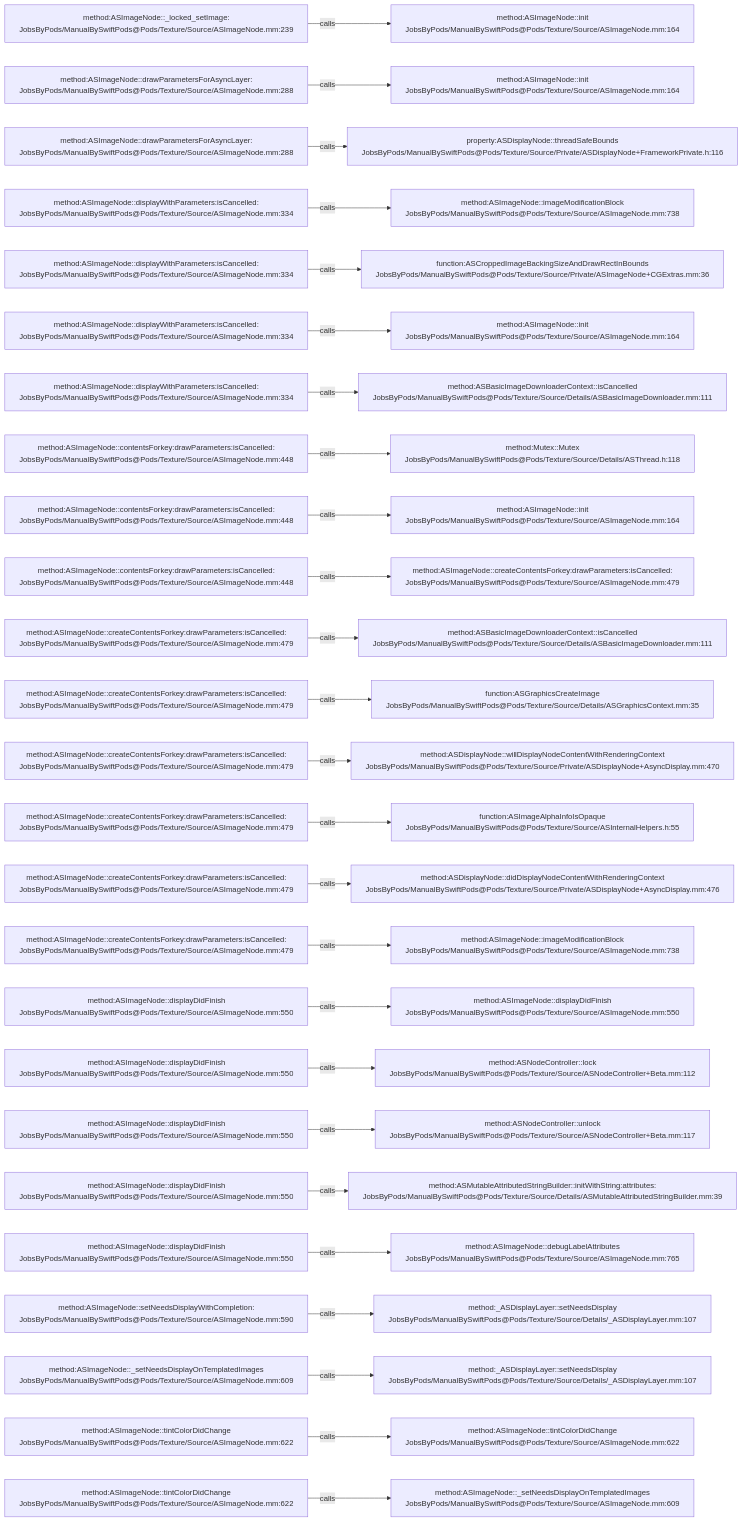
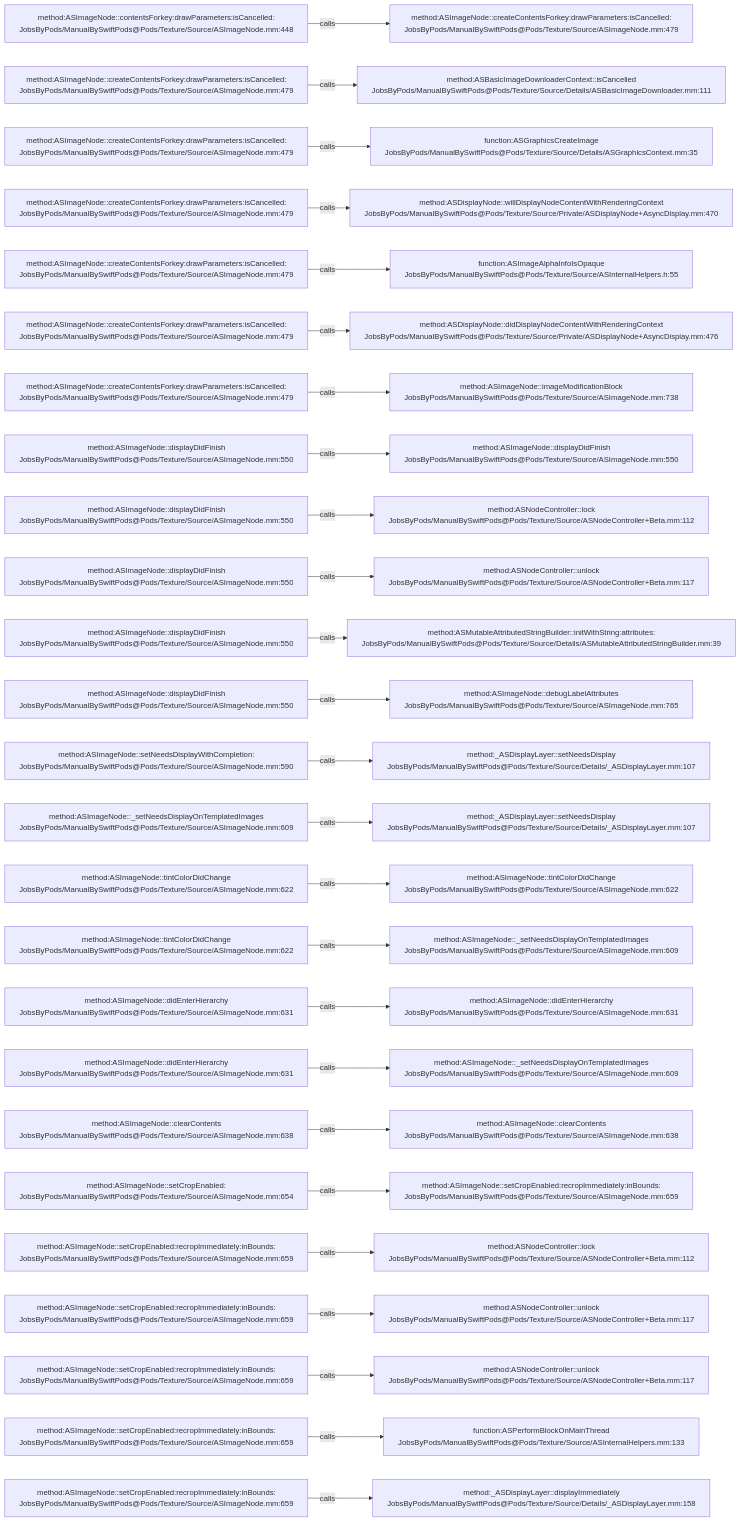
The diagram in .codegraph/codegraph.md/graphs/calls-042.md (JobsKits/JobsSwiftBaseConfigDemo), drawn with Mermaid before and after one commit. The commit also changed 707 other files, not shown here.

````diff
--- a/.codegraph/codegraph.md/graphs/calls-042.md
+++ b/.codegraph/codegraph.md/graphs/calls-042.md
@@ -13,78 +13,78 @@
 ```mermaid
 flowchart LR
-  S1["method:ASImageNode::_locked_setImage:<br/>JobsByPods/ManualBySwiftPods@Pods/Texture/Source/ASImageNode.mm:239"]
-  T1["method:ASImageNode::init<br/>JobsByPods/ManualBySwiftPods@Pods/Texture/Source/ASImageNode.mm:164"]
+  S1["method:ASImageNode::contentsForkey:drawParameters:isCancelled:<br/>JobsByPods/ManualBySwiftPods@Pods/Texture/Source/ASImageNode.mm:448"]
+  T1["method:ASImageNode::createContentsForkey:drawParameters:isCancelled:<br/>JobsByPods/ManualBySwiftPods@Pods/Texture/Source/ASImageNode.mm:479"]
   S1 -->|calls| T1
-  S2["method:ASImageNode::drawParametersForAsyncLayer:<br/>JobsByPods/ManualBySwiftPods@Pods/Texture/Source/ASImageNode.mm:288"]
-  T2["method:ASImageNode::init<br/>JobsByPods/ManualBySwiftPods@Pods/Texture/Source/ASImageNode.mm:164"]
+  S2["method:ASImageNode::createContentsForkey:drawParameters:isCancelled:<br/>JobsByPods/ManualBySwiftPods@Pods/Texture/Source/ASImageNode.mm:479"]
+  T2["method:ASBasicImageDownloaderContext::isCancelled<br/>JobsByPods/ManualBySwiftPods@Pods/Texture/Source/Details/ASBasicImageDownloader.mm:111"]
   S2 -->|calls| T2
-  S3["method:ASImageNode::drawParametersForAsyncLayer:<br/>JobsByPods/ManualBySwiftPods@Pods/Texture/Source/ASImageNode.mm:288"]
-  T3["property:ASDisplayNode::threadSafeBounds<br/>JobsByPods/ManualBySwiftPods@Pods/Texture/Source/Private/ASDisplayNode+FrameworkPrivate.h:116"]
+  S3["method:ASImageNode::createContentsForkey:drawParameters:isCancelled:<br/>JobsByPods/ManualBySwiftPods@Pods/Texture/Source/ASImageNode.mm:479"]
+  T3["function:ASGraphicsCreateImage<br/>JobsByPods/ManualBySwiftPods@Pods/Texture/Source/Details/ASGraphicsContext.mm:35"]
   S3 -->|calls| T3
-  S4["method:ASImageNode::displayWithParameters:isCancelled:<br/>JobsByPods/ManualBySwiftPods@Pods/Texture/Source/ASImageNode.mm:334"]
-  T4["method:ASImageNode::imageModificationBlock<br/>JobsByPods/ManualBySwiftPods@Pods/Texture/Source/ASImageNode.mm:738"]
+  S4["method:ASImageNode::createContentsForkey:drawParameters:isCancelled:<br/>JobsByPods/ManualBySwiftPods@Pods/Texture/Source/ASImageNode.mm:479"]
+  T4["method:ASDisplayNode::willDisplayNodeContentWithRenderingContext<br/>JobsByPods/ManualBySwiftPods@Pods/Texture/Source/Private/ASDisplayNode+AsyncDisplay.mm:470"]
   S4 -->|calls| T4
-  S5["method:ASImageNode::displayWithParameters:isCancelled:<br/>JobsByPods/ManualBySwiftPods@Pods/Texture/Source/ASImageNode.mm:334"]
-  T5["function:ASCroppedImageBackingSizeAndDrawRectInBounds<br/>JobsByPods/ManualBySwiftPods@Pods/Texture/Source/Private/ASImageNode+CGExtras.mm:36"]
+  S5["method:ASImageNode::createContentsForkey:drawParameters:isCancelled:<br/>JobsByPods/ManualBySwiftPods@Pods/Texture/Source/ASImageNode.mm:479"]
+  T5["function:ASImageAlphaInfoIsOpaque<br/>JobsByPods/ManualBySwiftPods@Pods/Texture/Source/ASInternalHelpers.h:55"]
   S5 -->|calls| T5
-  S6["method:ASImageNode::displayWithParameters:isCancelled:<br/>JobsByPods/ManualBySwiftPods@Pods/Texture/Source/ASImageNode.mm:334"]
-  T6["method:ASImageNode::init<br/>JobsByPods/ManualBySwiftPods@Pods/Texture/Source/ASImageNode.mm:164"]
+  S6["method:ASImageNode::createContentsForkey:drawParameters:isCancelled:<br/>JobsByPods/ManualBySwiftPods@Pods/Texture/Source/ASImageNode.mm:479"]
+  T6["method:ASDisplayNode::didDisplayNodeContentWithRenderingContext<br/>JobsByPods/ManualBySwiftPods@Pods/Texture/Source/Private/ASDisplayNode+AsyncDisplay.mm:476"]
   S6 -->|calls| T6
-  S7["method:ASImageNode::displayWithParameters:isCancelled:<br/>JobsByPods/ManualBySwiftPods@Pods/Texture/Source/ASImageNode.mm:334"]
-  T7["method:ASBasicImageDownloaderContext::isCancelled<br/>JobsByPods/ManualBySwiftPods@Pods/Texture/Source/Details/ASBasicImageDownloader.mm:111"]
+  S7["method:ASImageNode::createContentsForkey:drawParameters:isCancelled:<br/>JobsByPods/ManualBySwiftPods@Pods/Texture/Source/ASImageNode.mm:479"]
+  T7["method:ASImageNode::imageModificationBlock<br/>JobsByPods/ManualBySwiftPods@Pods/Texture/Source/ASImageNode.mm:738"]
   S7 -->|calls| T7
-  S8["method:ASImageNode::contentsForkey:drawParameters:isCancelled:<br/>JobsByPods/ManualBySwiftPods@Pods/Texture/Source/ASImageNode.mm:448"]
-  T8["method:Mutex::Mutex<br/>JobsByPods/ManualBySwiftPods@Pods/Texture/Source/Details/ASThread.h:118"]
+  S8["method:ASImageNode::displayDidFinish<br/>JobsByPods/ManualBySwiftPods@Pods/Texture/Source/ASImageNode.mm:550"]
+  T8["method:ASImageNode::displayDidFinish<br/>JobsByPods/ManualBySwiftPods@Pods/Texture/Source/ASImageNode.mm:550"]
   S8 -->|calls| T8
-  S9["method:ASImageNode::contentsForkey:drawParameters:isCancelled:<br/>JobsByPods/ManualBySwiftPods@Pods/Texture/Source/ASImageNode.mm:448"]
-  T9["method:ASImageNode::init<br/>JobsByPods/ManualBySwiftPods@Pods/Texture/Source/ASImageNode.mm:164"]
+  S9["method:ASImageNode::displayDidFinish<br/>JobsByPods/ManualBySwiftPods@Pods/Texture/Source/ASImageNode.mm:550"]
+  T9["method:ASNodeController::lock<br/>JobsByPods/ManualBySwiftPods@Pods/Texture/Source/ASNodeController+Beta.mm:112"]
   S9 -->|calls| T9
-  S10["method:ASImageNode::contentsForkey:drawParameters:isCancelled:<br/>JobsByPods/ManualBySwiftPods@Pods/Texture/Source/ASImageNode.mm:448"]
-  T10["method:ASImageNode::createContentsForkey:drawParameters:isCancelled:<br/>JobsByPods/ManualBySwiftPods@Pods/Texture/Source/ASImageNode.mm:479"]
+  S10["method:ASImageNode::displayDidFinish<br/>JobsByPods/ManualBySwiftPods@Pods/Texture/Source/ASImageNode.mm:550"]
+  T10["method:ASNodeController::unlock<br/>JobsByPods/ManualBySwiftPods@Pods/Texture/Source/ASNodeController+Beta.mm:117"]
   S10 -->|calls| T10
-  S11["method:ASImageNode::createContentsForkey:drawParameters:isCancelled:<br/>JobsByPods/ManualBySwiftPods@Pods/Texture/Source/ASImageNode.mm:479"]
-  T11["method:ASBasicImageDownloaderContext::isCancelled<br/>JobsByPods/ManualBySwiftPods@Pods/Texture/Source/Details/ASBasicImageDownloader.mm:111"]
+  S11["method:ASImageNode::displayDidFinish<br/>JobsByPods/ManualBySwiftPods@Pods/Texture/Source/ASImageNode.mm:550"]
+  T11["method:ASMutableAttributedStringBuilder::initWithString:attributes:<br/>JobsByPods/ManualBySwiftPods@Pods/Texture/Source/Details/ASMutableAttributedStringBuilder.mm:39"]
   S11 -->|calls| T11
-  S12["method:ASImageNode::createContentsForkey:drawParameters:isCancelled:<br/>JobsByPods/ManualBySwiftPods@Pods/Texture/Source/ASImageNode.mm:479"]
-  T12["function:ASGraphicsCreateImage<br/>JobsByPods/ManualBySwiftPods@Pods/Texture/Source/Details/ASGraphicsContext.mm:35"]
+  S12["method:ASImageNode::displayDidFinish<br/>JobsByPods/ManualBySwiftPods@Pods/Texture/Source/ASImageNode.mm:550"]
+  T12["method:ASImageNode::debugLabelAttributes<br/>JobsByPods/ManualBySwiftPods@Pods/Texture/Source/ASImageNode.mm:765"]
   S12 -->|calls| T12
-  S13["method:ASImageNode::createContentsForkey:drawParameters:isCancelled:<br/>JobsByPods/ManualBySwiftPods@Pods/Texture/Source/ASImageNode.mm:479"]
-  T13["method:ASDisplayNode::willDisplayNodeContentWithRenderingContext<br/>JobsByPods/ManualBySwiftPods@Pods/Texture/Source/Private/ASDisplayNode+AsyncDisplay.mm:470"]
+  S13["method:ASImageNode::setNeedsDisplayWithCompletion:<br/>JobsByPods/ManualBySwiftPods@Pods/Texture/Source/ASImageNode.mm:590"]
+  T13["method:_ASDisplayLayer::setNeedsDisplay<br/>JobsByPods/ManualBySwiftPods@Pods/Texture/Source/Details/_ASDisplayLayer.mm:107"]
   S13 -->|calls| T13
-  S14["method:ASImageNode::createContentsForkey:drawParameters:isCancelled:<br/>JobsByPods/ManualBySwiftPods@Pods/Texture/Source/ASImageNode.mm:479"]
-  T14["function:ASImageAlphaInfoIsOpaque<br/>JobsByPods/ManualBySwiftPods@Pods/Texture/Source/ASInternalHelpers.h:55"]
+  S14["method:ASImageNode::_setNeedsDisplayOnTemplatedImages<br/>JobsByPods/ManualBySwiftPods@Pods/Texture/Source/ASImageNode.mm:609"]
+  T14["method:_ASDisplayLayer::setNeedsDisplay<br/>JobsByPods/ManualBySwiftPods@Pods/Texture/Source/Details/_ASDisplayLayer.mm:107"]
   S14 -->|calls| T14
-  S15["method:ASImageNode::createContentsForkey:drawParameters:isCancelled:<br/>JobsByPods/ManualBySwiftPods@Pods/Texture/Source/ASImageNode.mm:479"]
-  T15["method:ASDisplayNode::didDisplayNodeContentWithRenderingContext<br/>JobsByPods/ManualBySwiftPods@Pods/Texture/Source/Private/ASDisplayNode+AsyncDisplay.mm:476"]
+  S15["method:ASImageNode::tintColorDidChange<br/>JobsByPods/ManualBySwiftPods@Pods/Texture/Source/ASImageNode.mm:622"]
+  T15["method:ASImageNode::tintColorDidChange<br/>JobsByPods/ManualBySwiftPods@Pods/Texture/Source/ASImageNode.mm:622"]
   S15 -->|calls| T15
-  S16["method:ASImageNode::createContentsForkey:drawParameters:isCancelled:<br/>JobsByPods/ManualBySwiftPods@Pods/Texture/Source/ASImageNode.mm:479"]
-  T16["method:ASImageNode::imageModificationBlock<br/>JobsByPods/ManualBySwiftPods@Pods/Texture/Source/ASImageNode.mm:738"]
+  S16["method:ASImageNode::tintColorDidChange<br/>JobsByPods/ManualBySwiftPods@Pods/Texture/Source/ASImageNode.mm:622"]
+  T16["method:ASImageNode::_setNeedsDisplayOnTemplatedImages<br/>JobsByPods/ManualBySwiftPods@Pods/Texture/Source/ASImageNode.mm:609"]
   S16 -->|calls| T16
-  S17["method:ASImageNode::displayDidFinish<br/>JobsByPods/ManualBySwiftPods@Pods/Texture/Source/ASImageNode.mm:550"]
-  T17["method:ASImageNode::displayDidFinish<br/>JobsByPods/ManualBySwiftPods@Pods/Texture/Source/ASImageNode.mm:550"]
+  S17["method:ASImageNode::didEnterHierarchy<br/>JobsByPods/ManualBySwiftPods@Pods/Texture/Source/ASImageNode.mm:631"]
+  T17["method:ASImageNode::didEnterHierarchy<br/>JobsByPods/ManualBySwiftPods@Pods/Texture/Source/ASImageNode.mm:631"]
   S17 -->|calls| T17
-  S18["method:ASImageNode::displayDidFinish<br/>JobsByPods/ManualBySwiftPods@Pods/Texture/Source/ASImageNode.mm:550"]
-  T18["method:ASNodeController::lock<br/>JobsByPods/ManualBySwiftPods@Pods/Texture/Source/ASNodeController+Beta.mm:112"]
+  S18["method:ASImageNode::didEnterHierarchy<br/>JobsByPods/ManualBySwiftPods@Pods/Texture/Source/ASImageNode.mm:631"]
+  T18["method:ASImageNode::_setNeedsDisplayOnTemplatedImages<br/>JobsByPods/ManualBySwiftPods@Pods/Texture/Source/ASImageNode.mm:609"]
   S18 -->|calls| T18
-  S19["method:ASImageNode::displayDidFinish<br/>JobsByPods/ManualBySwiftPods@Pods/Texture/Source/ASImageNode.mm:550"]
-  T19["method:ASNodeController::unlock<br/>JobsByPods/ManualBySwiftPods@Pods/Texture/Source/ASNodeController+Beta.mm:117"]
+  S19["method:ASImageNode::clearContents<br/>JobsByPods/ManualBySwiftPods@Pods/Texture/Source/ASImageNode.mm:638"]
+  T19["method:ASImageNode::clearContents<br/>JobsByPods/ManualBySwiftPods@Pods/Texture/Source/ASImageNode.mm:638"]
   S19 -->|calls| T19
-  S20["method:ASImageNode::displayDidFinish<br/>JobsByPods/ManualBySwiftPods@Pods/Texture/Source/ASImageNode.mm:550"]
-  T20["method:ASMutableAttributedStringBuilder::initWithString:attributes:<br/>JobsByPods/ManualBySwiftPods@Pods/Texture/Source/Details/ASMutableAttributedStringBuilder.mm:39"]
+  S20["method:ASImageNode::setCropEnabled:<br/>JobsByPods/ManualBySwiftPods@Pods/Texture/Source/ASImageNode.mm:654"]
+  T20["method:ASImageNode::setCropEnabled:recropImmediately:inBounds:<br/>JobsByPods/ManualBySwiftPods@Pods/Texture/Source/ASImageNode.mm:659"]
   S20 -->|calls| T20
-  S21["method:ASImageNode::displayDidFinish<br/>JobsByPods/ManualBySwiftPods@Pods/Texture/Source/ASImageNode.mm:550"]
-  T21["method:ASImageNode::debugLabelAttributes<br/>JobsByPods/ManualBySwiftPods@Pods/Texture/Source/ASImageNode.mm:765"]
+  S21["method:ASImageNode::setCropEnabled:recropImmediately:inBounds:<br/>JobsByPods/ManualBySwiftPods@Pods/Texture/Source/ASImageNode.mm:659"]
+  T21["method:ASNodeController::lock<br/>JobsByPods/ManualBySwiftPods@Pods/Texture/Source/ASNodeController+Beta.mm:112"]
   S21 -->|calls| T21
-  S22["method:ASImageNode::setNeedsDisplayWithCompletion:<br/>JobsByPods/ManualBySwiftPods@Pods/Texture/Source/ASImageNode.mm:590"]
-  T22["method:_ASDisplayLayer::setNeedsDisplay<br/>JobsByPods/ManualBySwiftPods@Pods/Texture/Source/Details/_ASDisplayLayer.mm:107"]
+  S22["method:ASImageNode::setCropEnabled:recropImmediately:inBounds:<br/>JobsByPods/ManualBySwiftPods@Pods/Texture/Source/ASImageNode.mm:659"]
+  T22["method:ASNodeController::unlock<br/>JobsByPods/ManualBySwiftPods@Pods/Texture/Source/ASNodeController+Beta.mm:117"]
   S22 -->|calls| T22
-  S23["method:ASImageNode::_setNeedsDisplayOnTemplatedImages<br/>JobsByPods/ManualBySwiftPods@Pods/Texture/Source/ASImageNode.mm:609"]
-  T23["method:_ASDisplayLayer::setNeedsDisplay<br/>JobsByPods/ManualBySwiftPods@Pods/Texture/Source/Details/_ASDisplayLayer.mm:107"]
+  S23["method:ASImageNode::setCropEnabled:recropImmediately:inBounds:<br/>JobsByPods/ManualBySwiftPods@Pods/Texture/Source/ASImageNode.mm:659"]
+  T23["method:ASNodeController::unlock<br/>JobsByPods/ManualBySwiftPods@Pods/Texture/Source/ASNodeController+Beta.mm:117"]
   S23 -->|calls| T23
-  S24["method:ASImageNode::tintColorDidChange<br/>JobsByPods/ManualBySwiftPods@Pods/Texture/Source/ASImageNode.mm:622"]
-  T24["method:ASImageNode::tintColorDidChange<br/>JobsByPods/ManualBySwiftPods@Pods/Texture/Source/ASImageNode.mm:622"]
+  S24["method:ASImageNode::setCropEnabled:recropImmediately:inBounds:<br/>JobsByPods/ManualBySwiftPods@Pods/Texture/Source/ASImageNode.mm:659"]
+  T24["function:ASPerformBlockOnMainThread<br/>JobsByPods/ManualBySwiftPods@Pods/Texture/Source/ASInternalHelpers.mm:133"]
   S24 -->|calls| T24
-  S25["method:ASImageNode::tintColorDidChange<br/>JobsByPods/ManualBySwiftPods@Pods/Texture/Source/ASImageNode.mm:622"]
-  T25["method:ASImageNode::_setNeedsDisplayOnTemplatedImages<br/>JobsByPods/ManualBySwiftPods@Pods/Texture/Source/ASImageNode.mm:609"]
+  S25["method:ASImageNode::setCropEnabled:recropImmediately:inBounds:<br/>JobsByPods/ManualBySwiftPods@Pods/Texture/Source/ASImageNode.mm:659"]
+  T25["method:_ASDisplayLayer::displayImmediately<br/>JobsByPods/ManualBySwiftPods@Pods/Texture/Source/Details/_ASDisplayLayer.mm:158"]
   S25 -->|calls| T25
 ```
````
